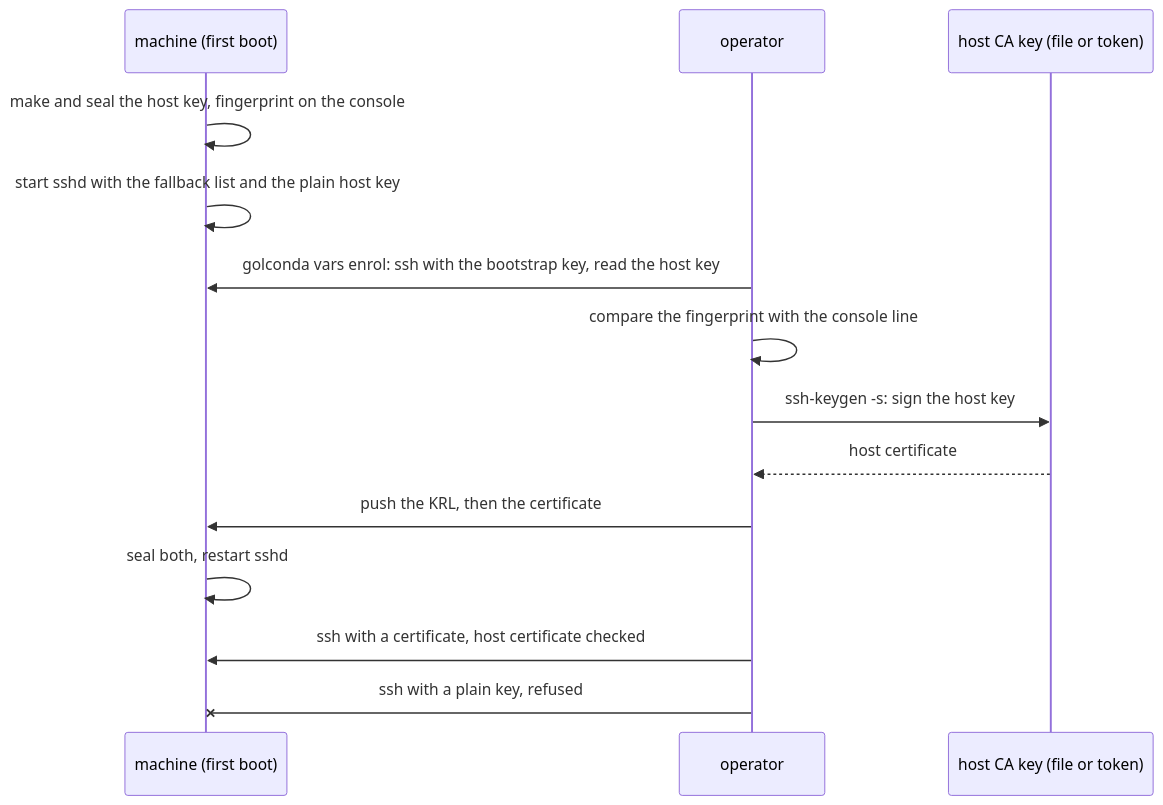
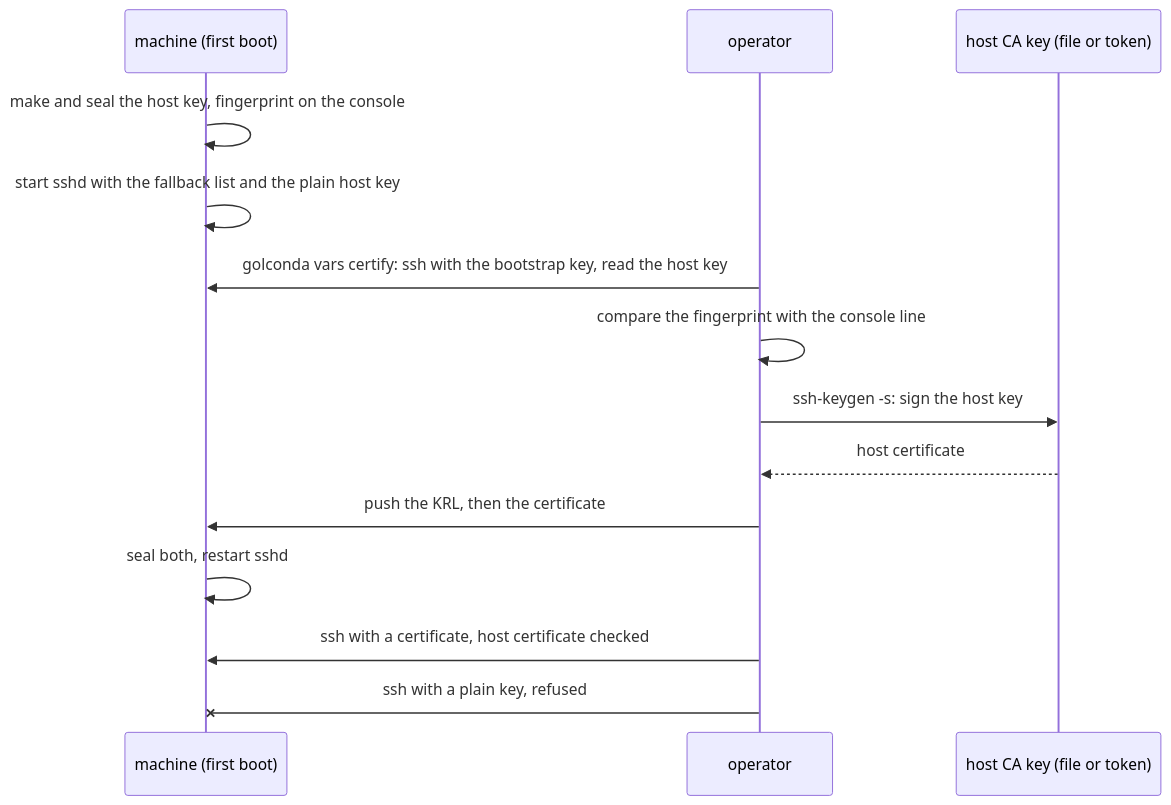
Before and after one commit to slophaer/golconda: the third of 3 diagrams in docs/design/trust.md, drawn with Mermaid. The commit also changed other lines of this file and 30 other files, not shown here.

First line of the commit message:
cli: rename vars enrol to vars certify

````diff
--- a/docs/design/trust.md
+++ b/docs/design/trust.md
@@ -290,16 +290,16 @@
 ```mermaid
 sequenceDiagram
   participant M as machine (first boot)
   participant O as operator
   participant C as host CA key (file or token)
   M->>M: make and seal the host key, fingerprint on the console
   M->>M: start sshd with the fallback list and the plain host key
-  O->>M: golconda vars enrol: ssh with the bootstrap key, read the host key
+  O->>M: golconda vars certify: ssh with the bootstrap key, read the host key
   O->>O: compare the fingerprint with the console line
   O->>C: ssh-keygen -s: sign the host key
   C-->>O: host certificate
   O->>M: push the KRL, then the certificate
   M->>M: seal both, restart sshd
   O->>M: ssh with a certificate, host certificate checked
   O-xM: ssh with a plain key, refused
 ```
````
